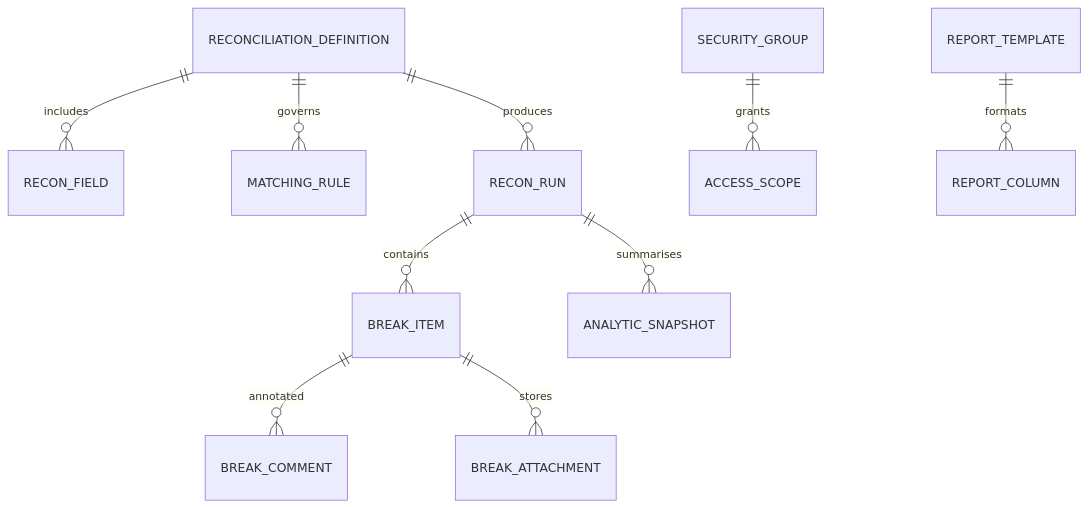
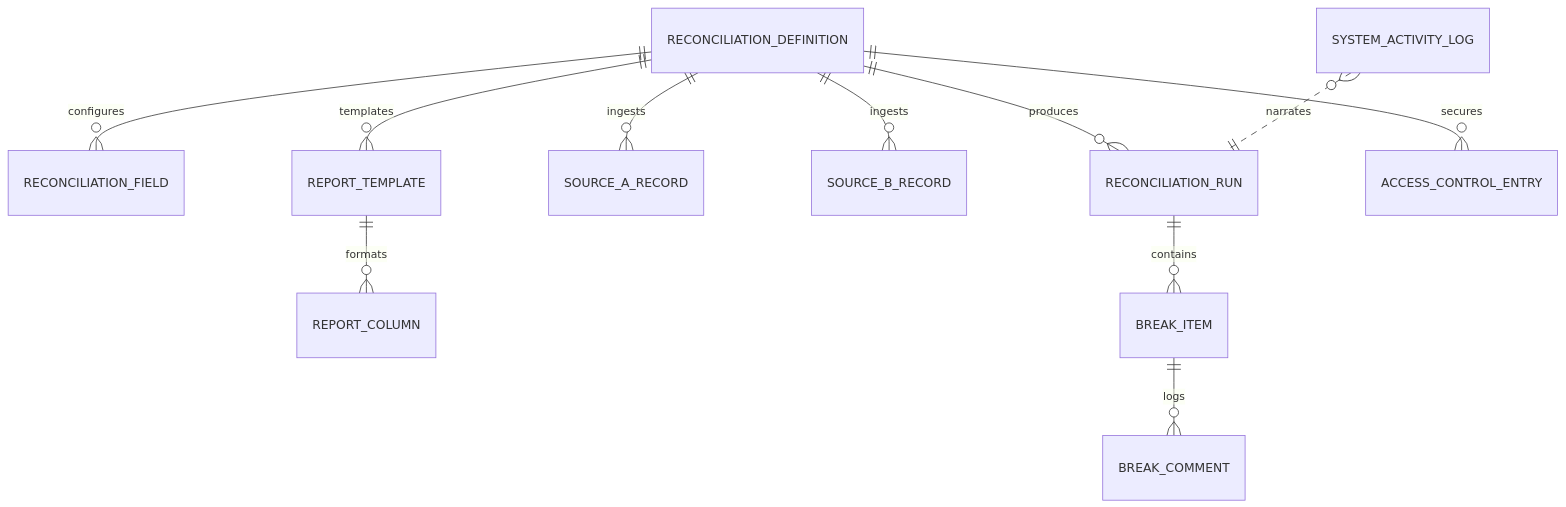
One commit to kleash/recon-platform changed the fourth of 5 diagrams in docs/wiki/developer-guide.md. Above: the diagram before and after it, drawn with Mermaid. The commit also changed other lines of this file, not shown here.

Commit message:
docs: expand developer guide with schema and API details

````diff
--- a/docs/wiki/developer-guide.md
+++ b/docs/wiki/developer-guide.md
@@ -153,12 +187,13 @@
 ```mermaid
 erDiagram
-    RECONCILIATION_DEFINITION ||--o{ RECON_FIELD : includes
-    RECONCILIATION_DEFINITION ||--o{ MATCHING_RULE : governs
-    RECONCILIATION_DEFINITION ||--o{ RECON_RUN : produces
-    RECON_RUN ||--o{ BREAK_ITEM : contains
-    BREAK_ITEM ||--o{ BREAK_COMMENT : annotated
-    BREAK_ITEM ||--o{ BREAK_ATTACHMENT : stores
-    RECON_RUN ||--o{ ANALYTIC_SNAPSHOT : summarises
-    SECURITY_GROUP ||--o{ ACCESS_SCOPE : grants
+    RECONCILIATION_DEFINITION ||--o{ RECONCILIATION_FIELD : configures
+    RECONCILIATION_DEFINITION ||--o{ RECONCILIATION_RUN : produces
+    RECONCILIATION_DEFINITION ||--o{ SOURCE_A_RECORD : ingests
+    RECONCILIATION_DEFINITION ||--o{ SOURCE_B_RECORD : ingests
+    RECONCILIATION_DEFINITION ||--o{ REPORT_TEMPLATE : templates
     REPORT_TEMPLATE ||--o{ REPORT_COLUMN : formats
+    RECONCILIATION_DEFINITION ||--o{ ACCESS_CONTROL_ENTRY : secures
+    RECONCILIATION_RUN ||--o{ BREAK_ITEM : contains
+    BREAK_ITEM ||--o{ BREAK_COMMENT : logs
+    SYSTEM_ACTIVITY_LOG }o..|| RECONCILIATION_RUN : narrates
 ```
````
